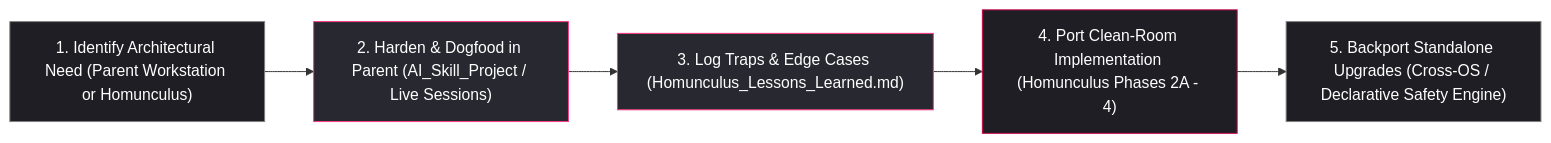
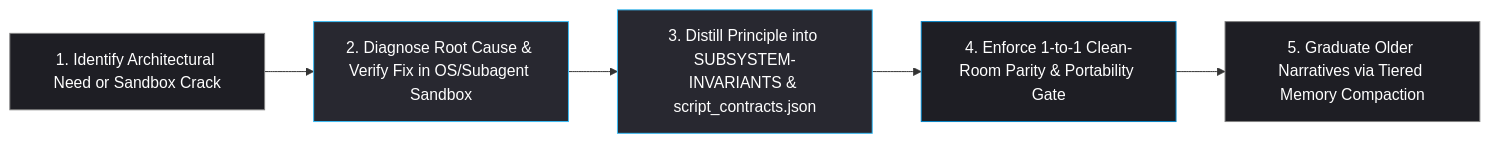
The diagram in memory/Projects/Homunculus/Homunculus_Lessons_Learned.md (orleacock/Engineering), drawn with Mermaid before and after one commit. The commit also changed other lines of this file and 109 other files, not shown here.

Commit message:
feat(homunculus,memory): deploy P1-P6 stateful memory remediation, v1.1 governance seal & disaster-recovery portable links

````diff
--- a/memory/Projects/Homunculus/Homunculus_Lessons_Learned.md
+++ b/memory/Projects/Homunculus/Homunculus_Lessons_Learned.md
@@ -24,12 +24,12 @@
 ```mermaid
 flowchart LR
-    A["1. Identify Architectural Need (Parent Workstation or Homunculus)"] --> B["2. Harden & Dogfood in Parent (AI_Skill_Project / Live Sessions)"]
-    B --> C["3. Log Traps & Edge Cases (Homunculus_Lessons_Learned.md)"]
-    C --> D["4. Port Clean-Room Implementation (Homunculus Phases 2A - 4)"]
-    D --> E["5. Backport Standalone Upgrades (Cross-OS / Declarative Safety Engine)"]
+    A["1. Identify Architectural Need or Sandbox Crack"] --> B["2. Diagnose Root Cause & Verify Fix in OS/Subagent Sandbox"]
+    B --> C["3. Distill Principle into SUBSYSTEM-INVARIANTS & script_contracts.json"]
+    C --> D["4. Enforce 1-to-1 Clean-Room Parity & Portability Gate"]
+    D --> E["5. Graduate Older Narratives via Tiered Memory Compaction"]
     style A fill:#1E1E24,stroke:#808080,color:#FFFFFF
-    style B fill:#282830,stroke:#FF3985,color:#FFFFFF
-    style C fill:#282830,stroke:#FF3985,color:#FFFFFF
-    style D fill:#1E1E24,stroke:#C90448,color:#FFFFFF
+    style B fill:#282830,stroke:#38BDF8,color:#FFFFFF
+    style C fill:#282830,stroke:#38BDF8,color:#FFFFFF
+    style D fill:#1E1E24,stroke:#0284C7,color:#FFFFFF
     style E fill:#1E1E24,stroke:#808080,color:#FFFFFF
 ```
````
